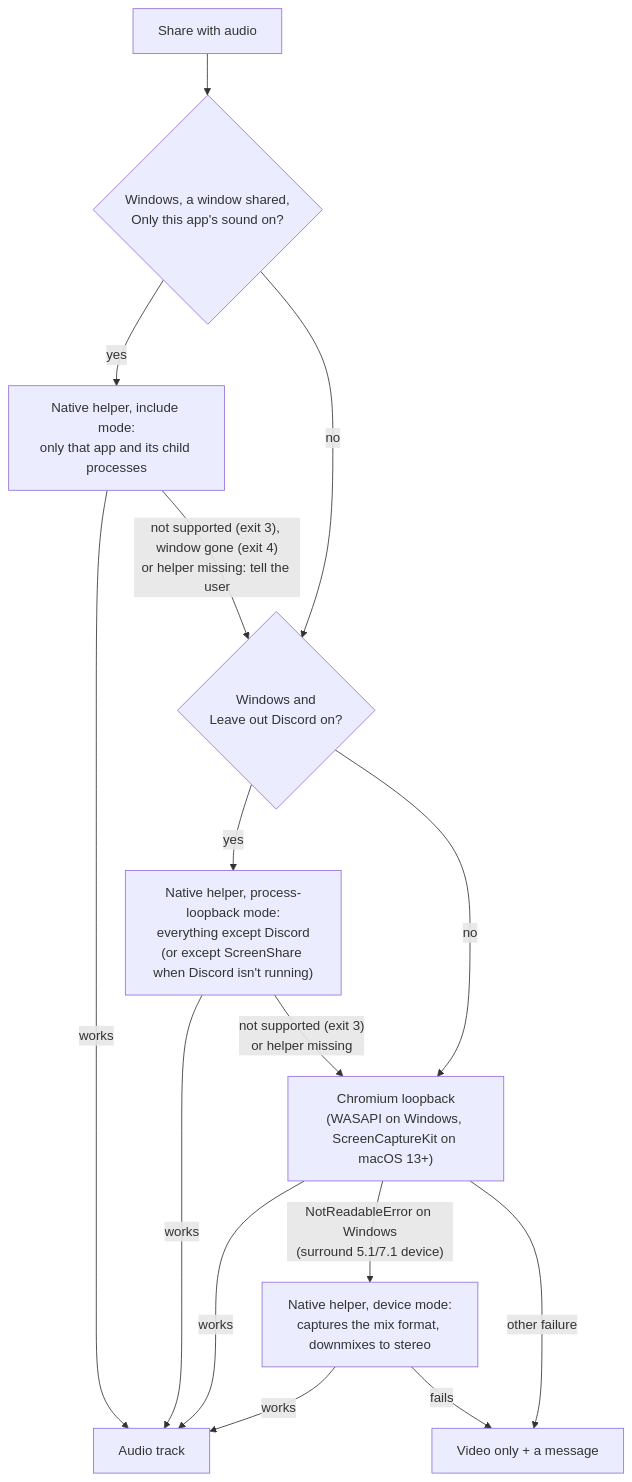
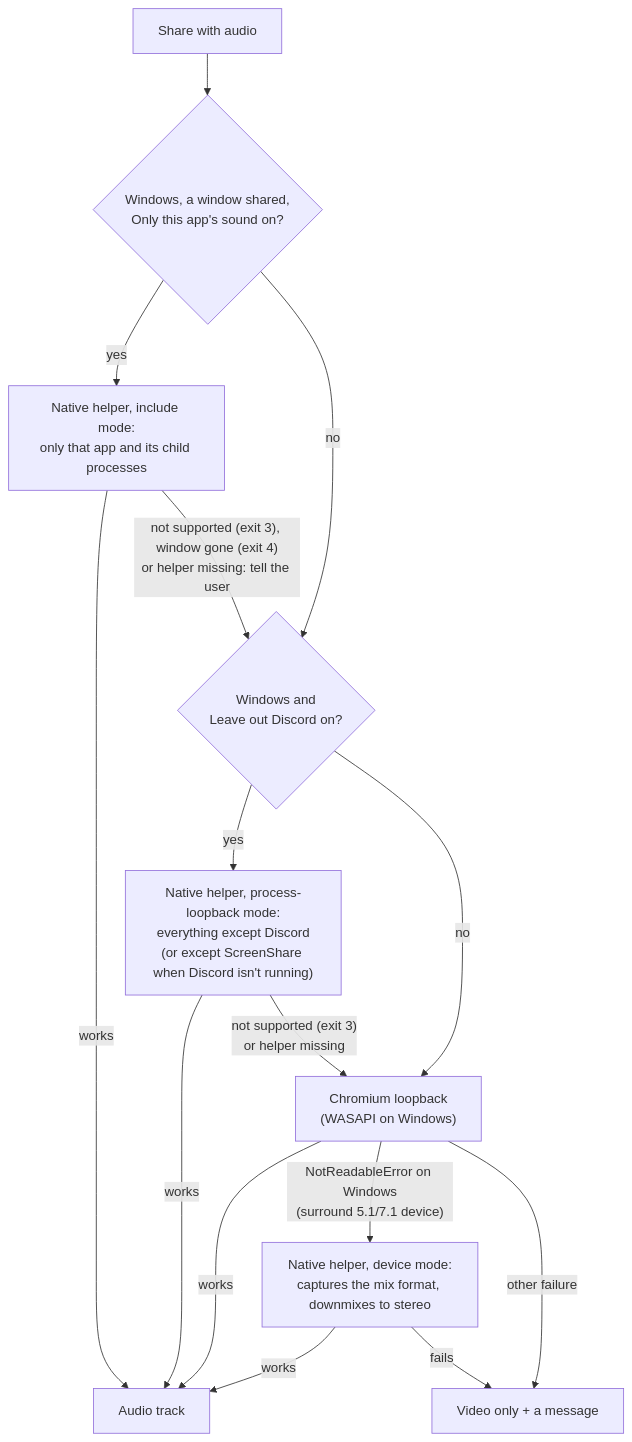
One commit to nsfxu/lan-screenshare changed the sixth of 6 diagrams in docs/en-US/media-pipeline.md. Above: the diagram before and after it, drawn with Mermaid. The commit also changed other lines of this file and 20 other files, not shown here.

````diff
--- a/docs/en-US/media-pipeline.md
+++ b/docs/en-US/media-pipeline.md
@@ -209,17 +209,17 @@
 ```mermaid
 flowchart TD
   S["Share with audio"] --> A{"Windows, a window shared,<br/>Only this app's sound on?"}
   A -->|yes| H0["Native helper, include mode:<br/>only that app and its child processes"]
   H0 -->|works| OK
   H0 -->|"not supported (exit 3), window gone (exit 4)<br/>or helper missing: tell the user"| Q
   A -->|no| Q{"Windows and<br/>Leave out Discord on?"}
   Q -->|yes| H1["Native helper, process-loopback mode:<br/>everything except Discord<br/>(or except ScreenShare when Discord isn't running)"]
   H1 -->|works| OK["Audio track"]
   H1 -->|"not supported (exit 3)<br/>or helper missing"| C
-  Q -->|no| C["Chromium loopback<br/>(WASAPI on Windows, ScreenCaptureKit on macOS 13+)"]
+  Q -->|no| C["Chromium loopback<br/>(WASAPI on Windows)"]
   C -->|works| OK
   C -->|"NotReadableError on Windows<br/>(surround 5.1/7.1 device)"| H2["Native helper, device mode:<br/>captures the mix format, downmixes to stereo"]
   H2 -->|works| OK
   C -->|"other failure"| NO["Video only + a message"]
   H2 -->|fails| NO
 ```
````
